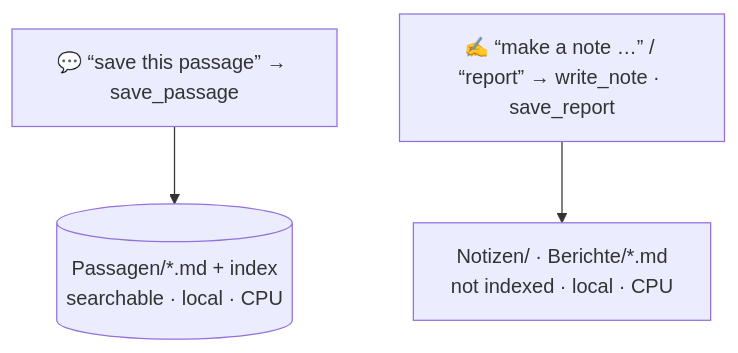
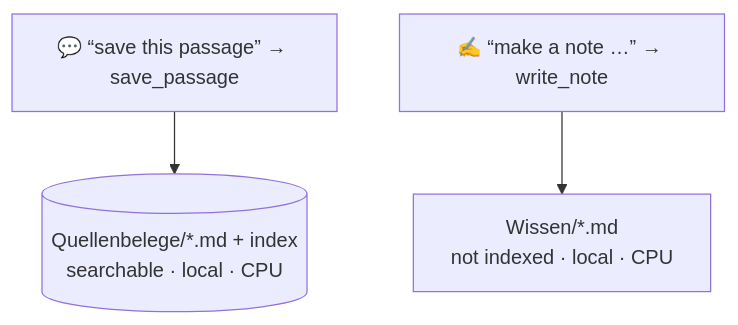
Before and after one commit to mdrinjak-bauing/BRAG: the third of 3 diagrams in README.md, drawn with Mermaid. The commit also changed other lines of this file and 11 other files, not shown here.

````diff
--- a/README.md
+++ b/README.md
@@ -288,5 +288,5 @@
 ```mermaid
 flowchart TD
-    SP["💬 “save this passage” → save_passage"] --> PA[("Passagen/*.md + index<br/>searchable · local · CPU")]
-    WN["✍️ “make a note …” / “report” → write_note · save_report"] --> NO["Notizen/ · Berichte/*.md<br/>not indexed · local · CPU"]
+    SP["💬 “save this passage” → save_passage"] --> PA[("Quellenbelege/*.md + index<br/>searchable · local · CPU")]
+    WN["✍️ “make a note …” → write_note"] --> NO["Wissen/*.md<br/>not indexed · local · CPU"]
 ```
````
